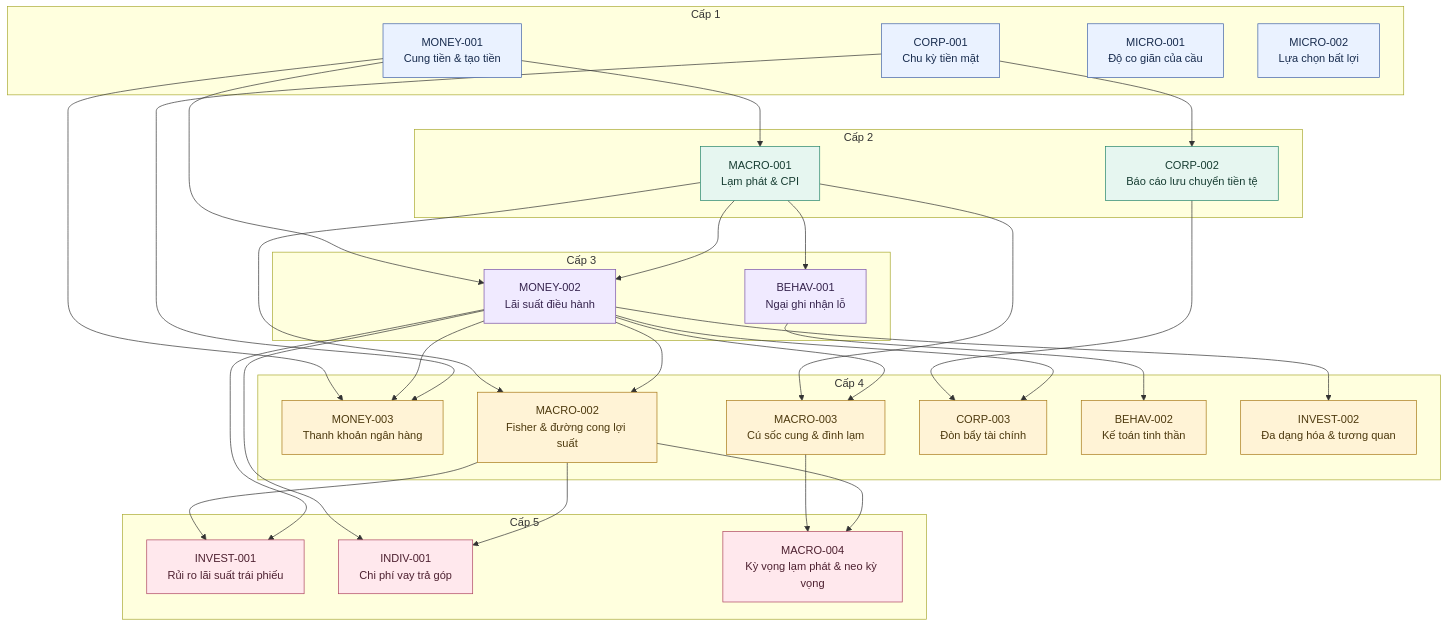
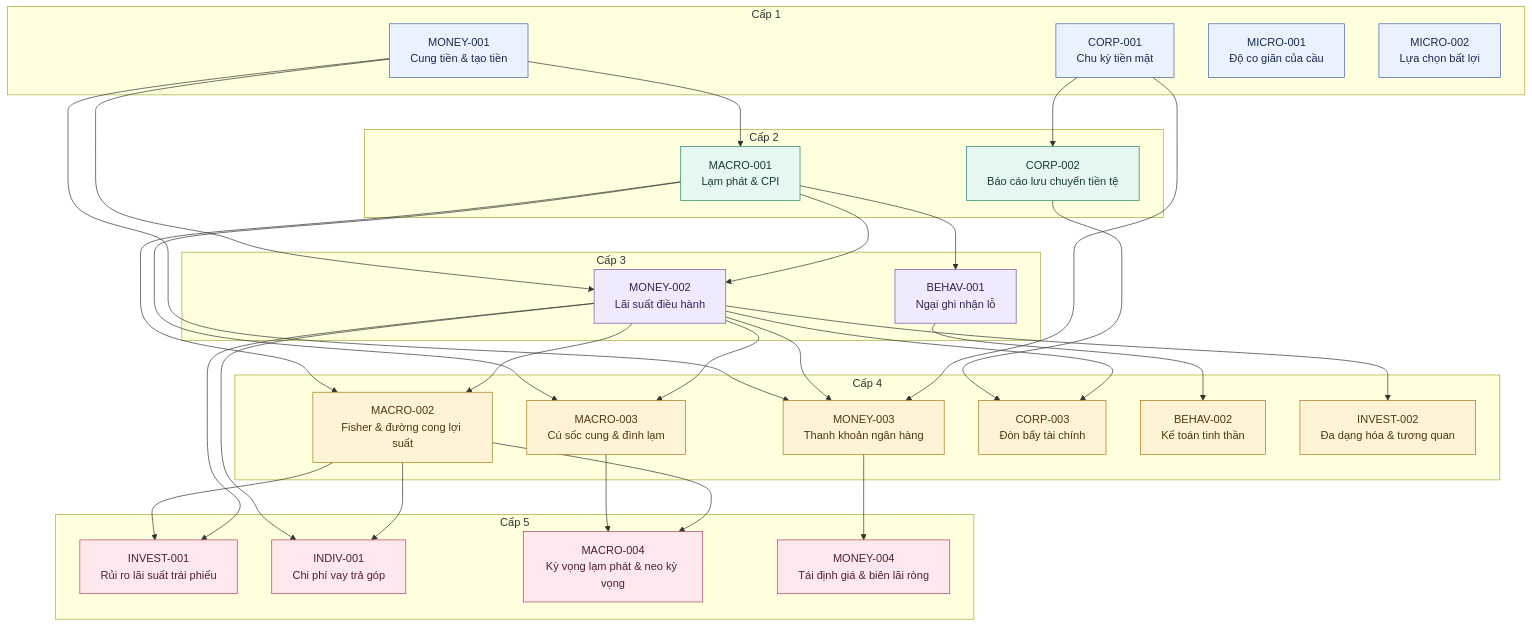
Before and after one commit to lewisnguyen32/Eco-Random-Learning: the diagram in LEARNED.md, drawn with Mermaid. The commit also changed other lines of this file and 4 other files, not shown here.

````diff
--- a/LEARNED.md
+++ b/LEARNED.md
@@ -15,68 +15,71 @@
 ```mermaid
 flowchart TB
     subgraph LEVEL_1["Cấp 1"]
         MONEY_001["MONEY-001<br/>Cung tiền & tạo tiền"]
         CORP_001["CORP-001<br/>Chu kỳ tiền mặt"]
         MICRO_001["MICRO-001<br/>Độ co giãn của cầu"]
         MICRO_002["MICRO-002<br/>Lựa chọn bất lợi"]
     end
 
     subgraph LEVEL_2["Cấp 2"]
         MACRO_001["MACRO-001<br/>Lạm phát & CPI"]
         CORP_002["CORP-002<br/>Báo cáo lưu chuyển tiền tệ"]
     end
 
     subgraph LEVEL_3["Cấp 3"]
         MONEY_002["MONEY-002<br/>Lãi suất điều hành"]
         BEHAV_001["BEHAV-001<br/>Ngại ghi nhận lỗ"]
     end
 
     subgraph LEVEL_4["Cấp 4"]
         MONEY_003["MONEY-003<br/>Thanh khoản ngân hàng"]
         MACRO_002["MACRO-002<br/>Fisher & đường cong lợi suất"]
         MACRO_003["MACRO-003<br/>Cú sốc cung & đình lạm"]
         CORP_003["CORP-003<br/>Đòn bẩy tài chính"]
         BEHAV_002["BEHAV-002<br/>Kế toán tinh thần"]
         INVEST_002["INVEST-002<br/>Đa dạng hóa & tương quan"]
     end
 
     subgraph LEVEL_5["Cấp 5"]
         INVEST_001["INVEST-001<br/>Rủi ro lãi suất trái phiếu"]
         INDIV_001["INDIV-001<br/>Chi phí vay trả góp"]
         MACRO_004["MACRO-004<br/>Kỳ vọng lạm phát & neo kỳ vọng"]
+        MONEY_004["MONEY-004<br/>Tái định giá & biên lãi ròng"]
     end
 
     MONEY_001 --> MACRO_001
     CORP_001 --> CORP_002
     MONEY_001 --> MONEY_002
     MACRO_001 --> MONEY_002
     MACRO_001 --> BEHAV_001
     MONEY_001 --> MONEY_003
     MONEY_002 --> MONEY_003
     CORP_001 --> MONEY_003
     MACRO_001 --> MACRO_002
     MONEY_002 --> MACRO_002
     MACRO_001 --> MACRO_003
     MONEY_002 --> MACRO_003
     MACRO_002 --> INVEST_001
     MONEY_002 --> INVEST_001
     MONEY_002 --> INDIV_001
     MACRO_002 --> INDIV_001
     CORP_002 --> CORP_003
     MONEY_002 --> CORP_003
     BEHAV_001 --> BEHAV_002
     MONEY_002 --> INVEST_002
     MACRO_003 --> MACRO_004
     MACRO_002 --> MACRO_004
+    MONEY_003 --> MONEY_004
 
     classDef level1 fill:#eaf2ff,stroke:#4263a8,color:#172b4d
     classDef level2 fill:#e6f6f0,stroke:#25856b,color:#173d32
     classDef level3 fill:#f0eaff,stroke:#7952a8,color:#35234d
     classDef level4 fill:#fff3d6,stroke:#a87918,color:#4d390e
     classDef level5 fill:#ffe8ed,stroke:#ae4560,color:#4d2030
     class MONEY_001,CORP_001,MICRO_001,MICRO_002 level1
     class MACRO_001,CORP_002 level2
     class MONEY_002,BEHAV_001 level3
     class MONEY_003,MACRO_002,MACRO_003,CORP_003,BEHAV_002,INVEST_002 level4
     class INVEST_001,INDIV_001,MACRO_004 level5
+    class MONEY_004 level5
 ```
````
